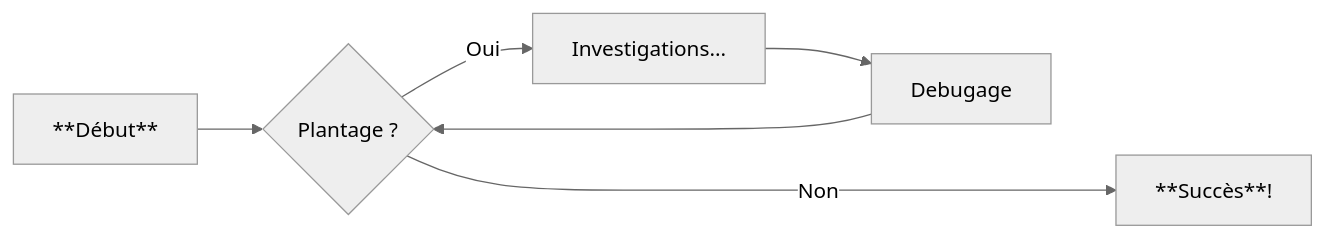
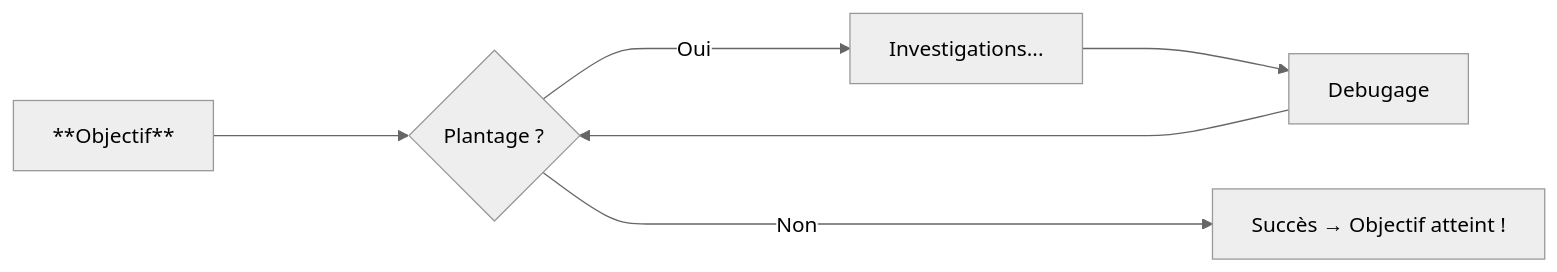
One commit to PyMoX-fr/PyMoX-fr.github.io changed the diagram in docs/index.md. Above: the diagram before and after it, drawn with Mermaid (neutral theme). The commit also changed other lines of this file and 46 other files, not shown here.

````diff
--- a/docs/index.md
+++ b/docs/index.md
@@ -21,8 +22,8 @@
 ```mermaid
 graph LR
-  A[**Début**]-->B{Plantage ?};
-  B-->|Oui| C[Investigations...];
-  C-->D[Debugage];
+  A[**Objectif**]---->B{Plantage ?};
+  B---->|Oui| C[Investigations...];
+  C--->D[Debugage];
   D-->B;
-  B---->|Non| E[**Succès**!];
+  B------>|Non| E[Succès → Objectif atteint !];
 ```
````
